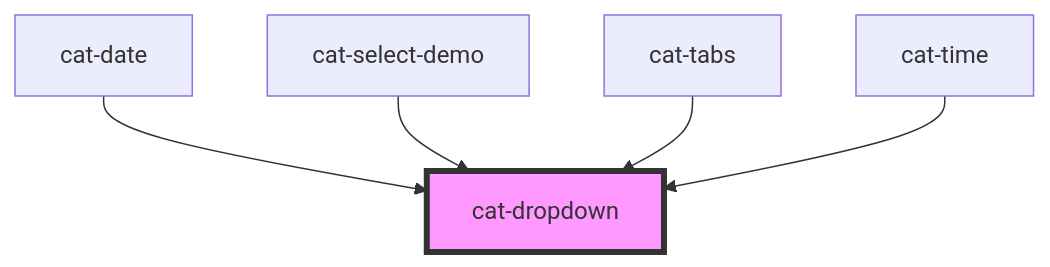
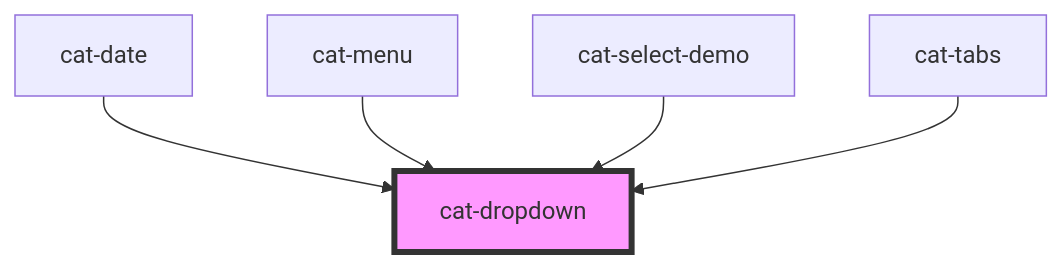
The diagram in core/src/components/cat-dropdown/readme.md (haiilo/catalyst), drawn with Mermaid before and after one commit. The commit also changed other lines of this file and 20 other files, not shown here.

First line of the commit message:
feat(core): cat-menu (#910)

````diff
--- a/core/src/components/cat-dropdown/readme.md
+++ b/core/src/components/cat-dropdown/readme.md
@@ -86,8 +92,8 @@
 ```mermaid
 graph TD;
   cat-date --> cat-dropdown
+  cat-menu --> cat-dropdown
   cat-select-demo --> cat-dropdown
   cat-tabs --> cat-dropdown
-  cat-time --> cat-dropdown
   style cat-dropdown fill:#f9f,stroke:#333,stroke-width:4px
 ```
````
